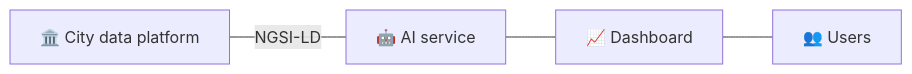
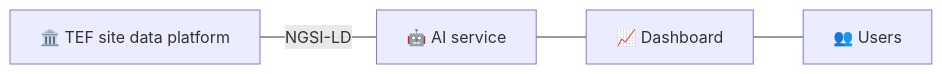
The diagram in docs/services/waste_collection.md (riseupalex/CitComAI-Hub.github.io), drawn with Mermaid before and after one commit. The commit also changed other lines of this file, not shown here.

````diff
--- a/docs/services/waste_collection.md
+++ b/docs/services/waste_collection.md
@@ -18,6 +20,6 @@
 ```mermaid
 graph LR
-  A["🏛️ City data platform"] ---|NGSI-LD| B["🤖 AI service"];
+  A["🏛️ TEF site data platform"] ---|NGSI-LD| B["🤖 AI service"];
   B --- C["📈 Dashboard"];
   C["📈 Dashboard"] --- D["👥 Users"];
 ```
````
